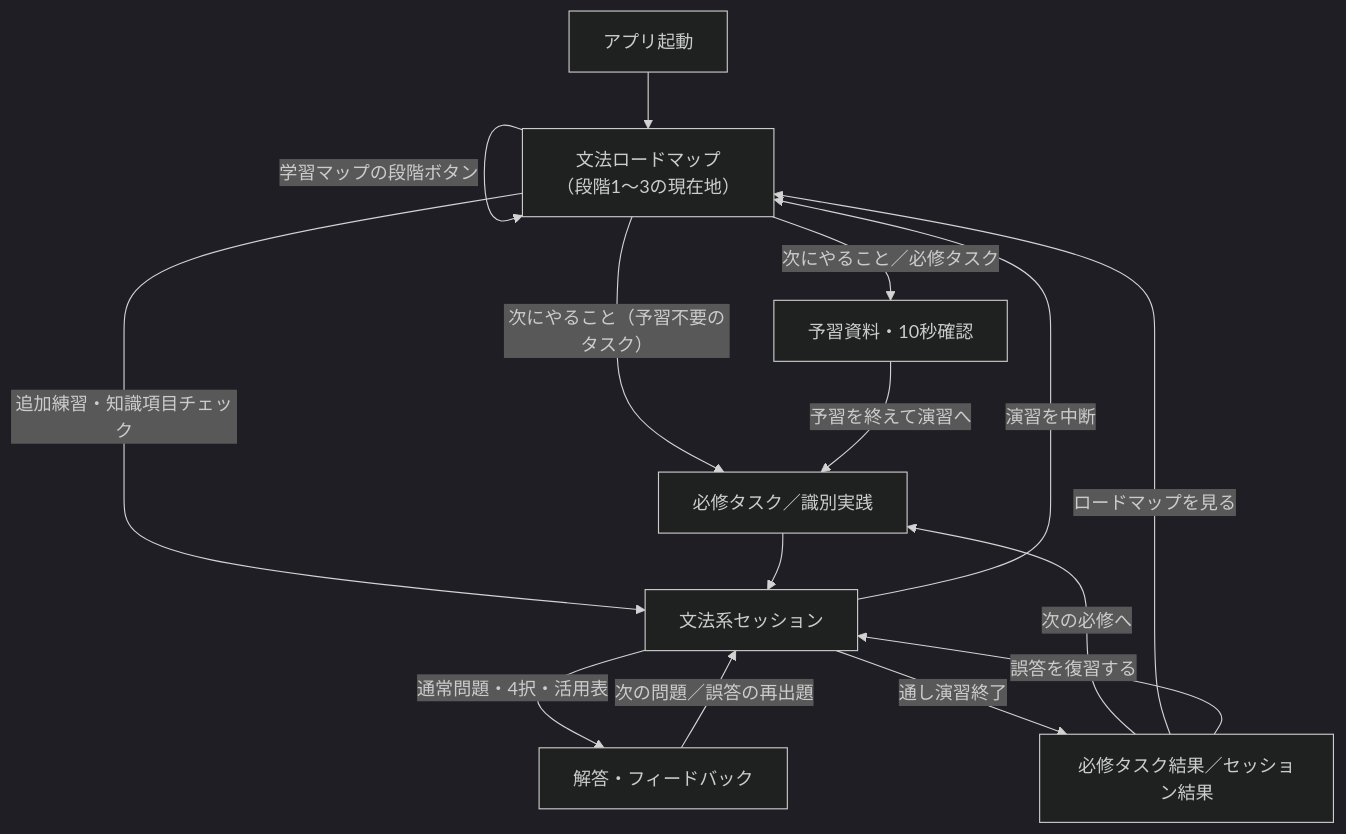
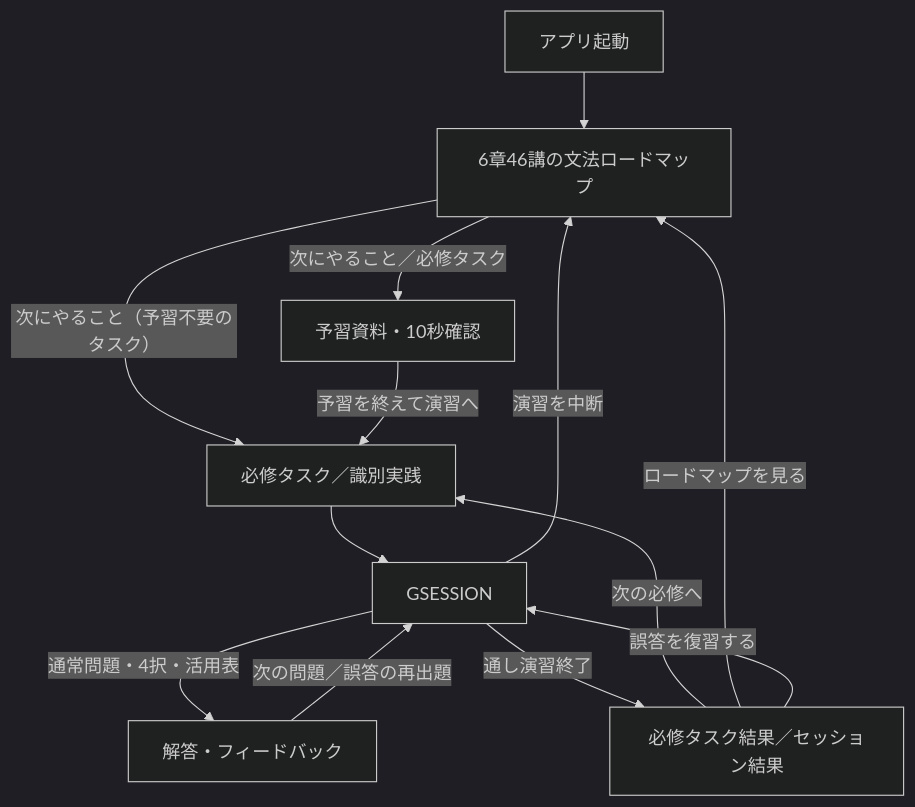
Before and after one commit to shtomi-tech/kobun-vocab: the diagram in docs/古典文法アプリ画面遷移図.md, drawn with Mermaid (dark theme). The commit also changed other lines of this file and 13 other files, not shown here.

````diff
--- a/docs/古典文法アプリ画面遷移図.md
+++ b/docs/古典文法アプリ画面遷移図.md
@@ -14,21 +14,19 @@
 ```mermaid
 flowchart TD
-    START["アプリ起動"] --> GHOME["文法ロードマップ<br/>（段階1〜3の現在地）"]
+    START["アプリ起動"] --> GHOME["6章46講の文法ロードマップ"]
 
     GHOME -->|"次にやること／必修タスク"| GPREP["予習資料・10秒確認"]
     GHOME -->|"次にやること（予習不要のタスク）"| GTASK["必修タスク／識別実践"]
-    GHOME -->|"追加練習・知識項目チェック"| GSESSION["文法系セッション"]
     GPREP -->|"予習を終えて演習へ"| GTASK
     GTASK --> GSESSION
 
     GSESSION -->|"通常問題・4択・活用表"| GFEEDBACK["解答・フィードバック"]
     GFEEDBACK -->|"次の問題／誤答の再出題"| GSESSION
     GSESSION -->|"通し演習終了"| GRESULT["必修タスク結果／セッション結果"]
     GSESSION -->|"演習を中断"| GHOME
 
     GRESULT -->|"次の必修へ"| GTASK
     GRESULT -->|"ロードマップを見る"| GHOME
     GRESULT -->|"誤答を復習する"| GSESSION
 
-    GHOME -->|"学習マップの段階ボタン"| GHOME
 ```
````
